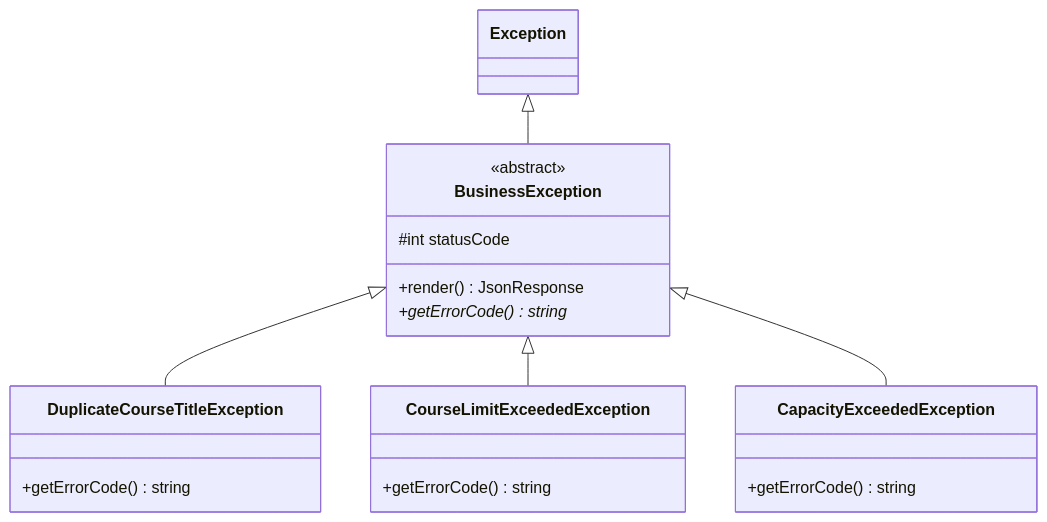
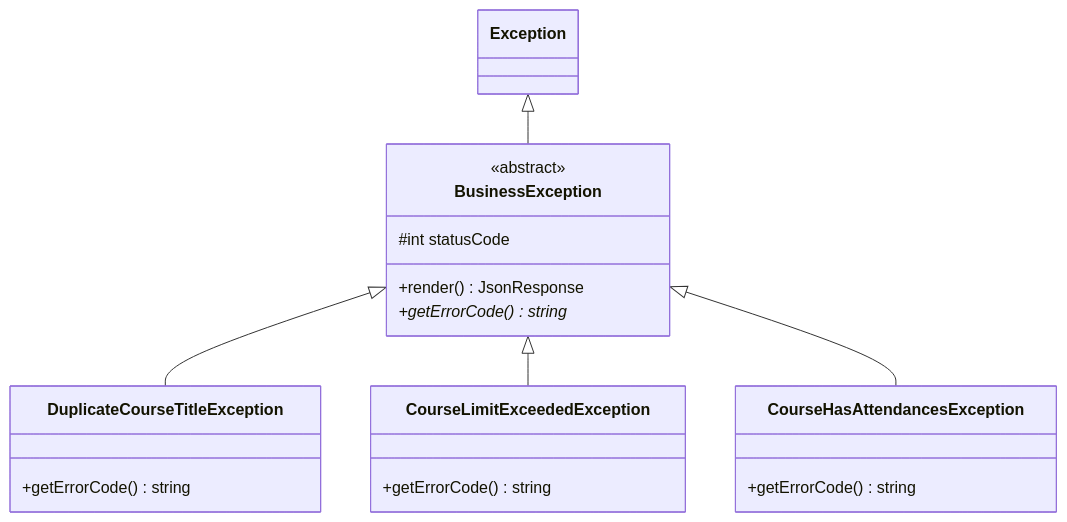
One commit to kou-tech/laravel-lesson changed the second of 4 diagrams in lessons/16-service-class.md. Above: the diagram before and after it, drawn with Mermaid. The commit also changed other lines of this file, not shown here.

````diff
--- a/lessons/16-service-class.md
+++ b/lessons/16-service-class.md
@@ -311,23 +332,23 @@
 ```mermaid
 classDiagram
     Exception <|-- BusinessException
     BusinessException <|-- DuplicateCourseTitleException
     BusinessException <|-- CourseLimitExceededException
-    BusinessException <|-- CapacityExceededException
+    BusinessException <|-- CourseHasAttendancesException
 
     class BusinessException {
         <<abstract>>
         #int statusCode
         +render() JsonResponse
         +getErrorCode() string*
     }
     class DuplicateCourseTitleException {
         +getErrorCode() string
     }
     class CourseLimitExceededException {
         +getErrorCode() string
     }
-    class CapacityExceededException {
+    class CourseHasAttendancesException {
         +getErrorCode() string
     }
 ```
````
